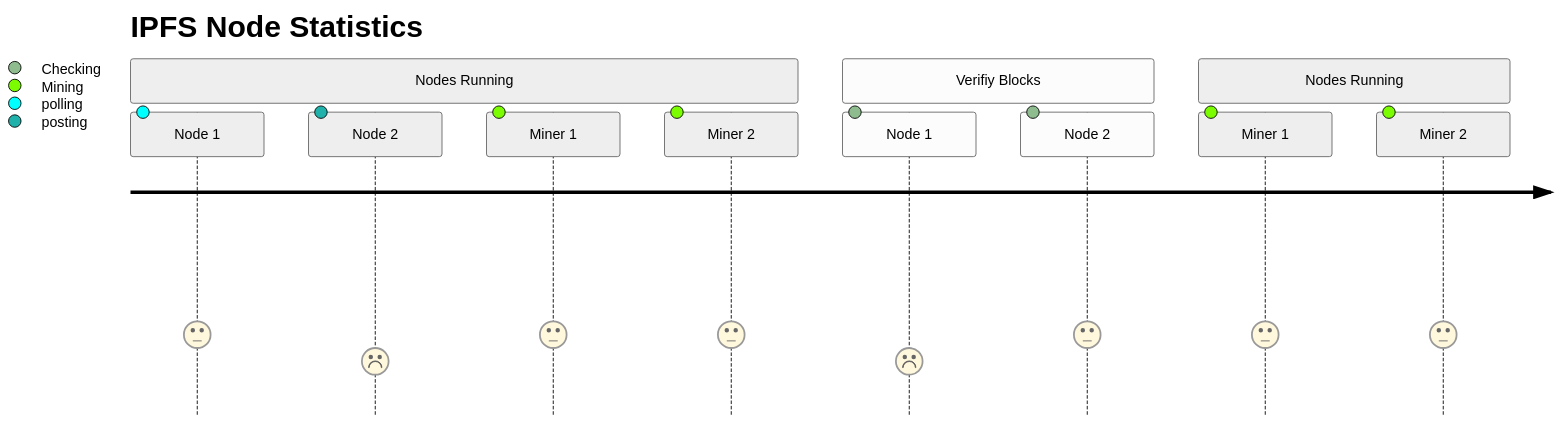
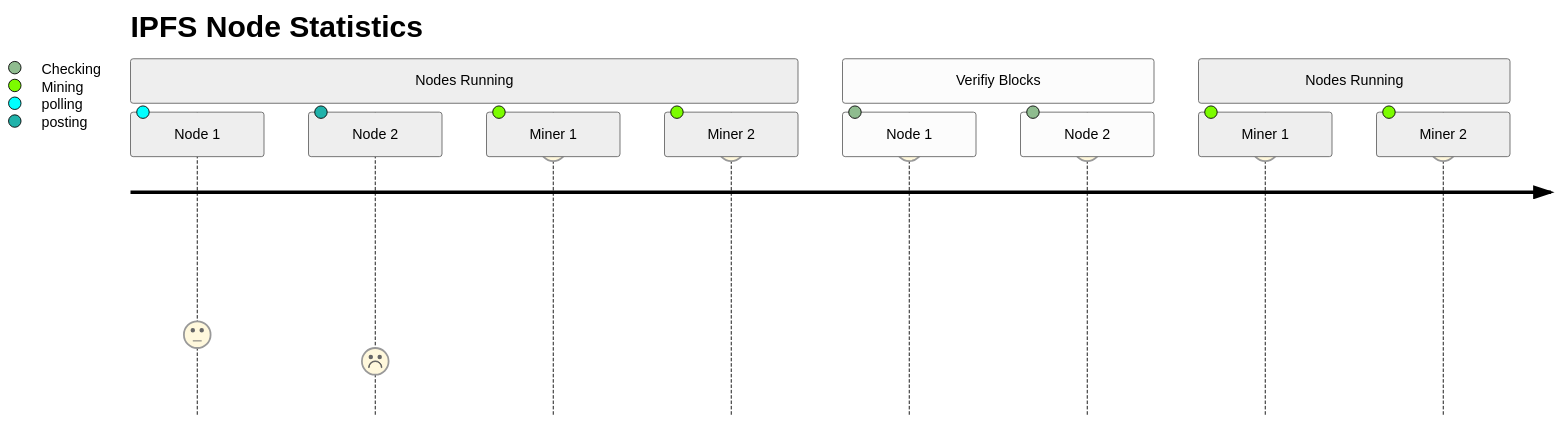
Before and after one commit to noryev/ipfs-server-configuration: the diagram in readme.md, drawn with Mermaid (neutral theme).

````diff
--- a/readme.md
+++ b/readme.md
@@ -1,15 +1,15 @@
 ```mermaid
 journey
 	title IPFS Node Statistics
 	section Nodes Running
 		Node 1: 3: polling
 		Node 2: 2: posting
-		Miner 1: 3: Mining
-		Miner 2: 3: Mining
+		Miner 1: 10: Mining
+		Miner 2: 10: Mining
 	section Verifiy Blocks
-		Node 1: 2: Checking	
-		Node 2: 3: Checking
+		Node 1: 10: Checking	
+		Node 2: 10: Checking
 	section Nodes Running
-		Miner 1: 3: Mining
-		Miner 2: 3: Mining
+		Miner 1: 10: Mining
+		Miner 2: 10: Mining
 ```
````
